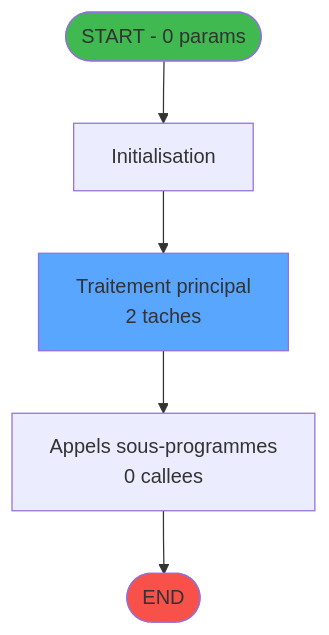
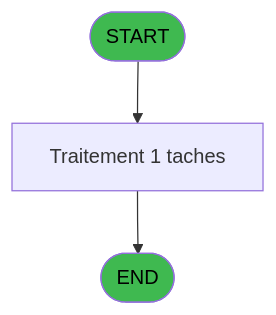
Before and after one commit to thonyAGP/magic-migration: the first of 3 diagrams in .openspec/specs/ADH-IDE-186.md, drawn with Mermaid. The commit also changed other lines of this file and 311 other files, not shown here.

````diff
--- a/.openspec/specs/ADH-IDE-186.md
+++ b/.openspec/specs/ADH-IDE-186.md
@@ -86,14 +53,9 @@
 ```mermaid
 flowchart TD
-    START([START - 0 params])
-    INIT["Initialisation"]
-    PROCESS["Traitement principal<br/>2 taches"]
-    CALLS["Appels sous-programmes<br/>0 callees"]
+    START([START])
+    PROCESS[Traitement 1 taches]
     ENDOK([END])
-
-    START --> INIT --> PROCESS --> CALLS --> ENDOK
-
-    style START fill:#3fb950
-    style ENDOK fill:#f85149
-    style PROCESS fill:#58a6ff
+    START --> PROCESS --> ENDOK
+    style START fill:#3fb950,color:#000
+    style ENDOK fill:#3fb950,color:#000
 ```
````
